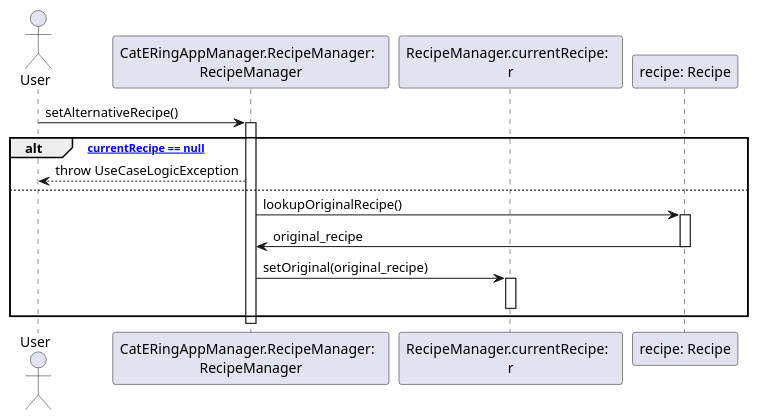
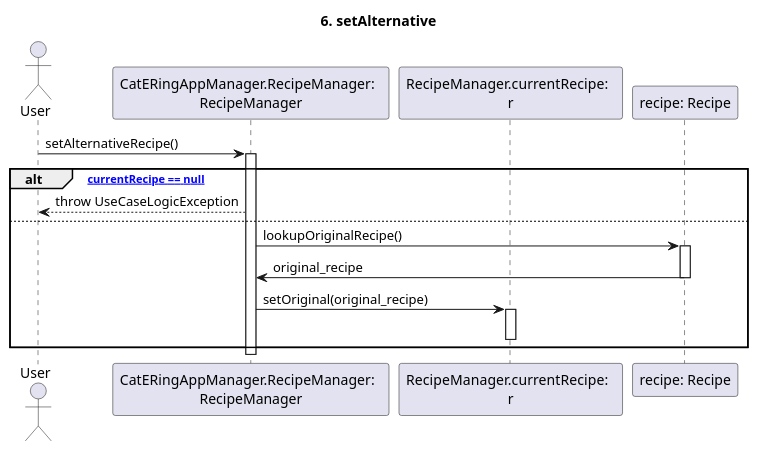
One commit to m0canu1/sas changed the diagram in dsd/dsd-ricette/6-setAlternative.md. Above: the diagram before and after it, drawn with PlantUML. The commit also changed 15 other files, not shown here.

````diff
--- a/dsd/dsd-ricette/6-setAlternative.md
+++ b/dsd/dsd-ricette/6-setAlternative.md
@@ -1,25 +1,28 @@
 ```plantuml
+
+title: 6. setAlternative
+
 Actor User
 Participant "CatERingAppManager.RecipeManager:  \nRecipeManager" as RM
 Participant "RecipeManager.currentRecipe:  \nr" as CR
 
 User -> RM: setAlternativeRecipe()
 Activate RM
 
 alt ["currentRecipe == null"]
 	RM --> User: throw UseCaseLogicException
 else 
 
 	RM -> "recipe: Recipe": lookupOriginalRecipe()
 	Activate "recipe: Recipe"
 	"recipe: Recipe" -> RM: original_recipe
 	Deactivate "recipe: Recipe"
 	
 	RM -> CR: setOriginal(original_recipe)
 	Activate CR
 	Deactivate CR
 end
 Deactivate RM
 
 
 ```
````
